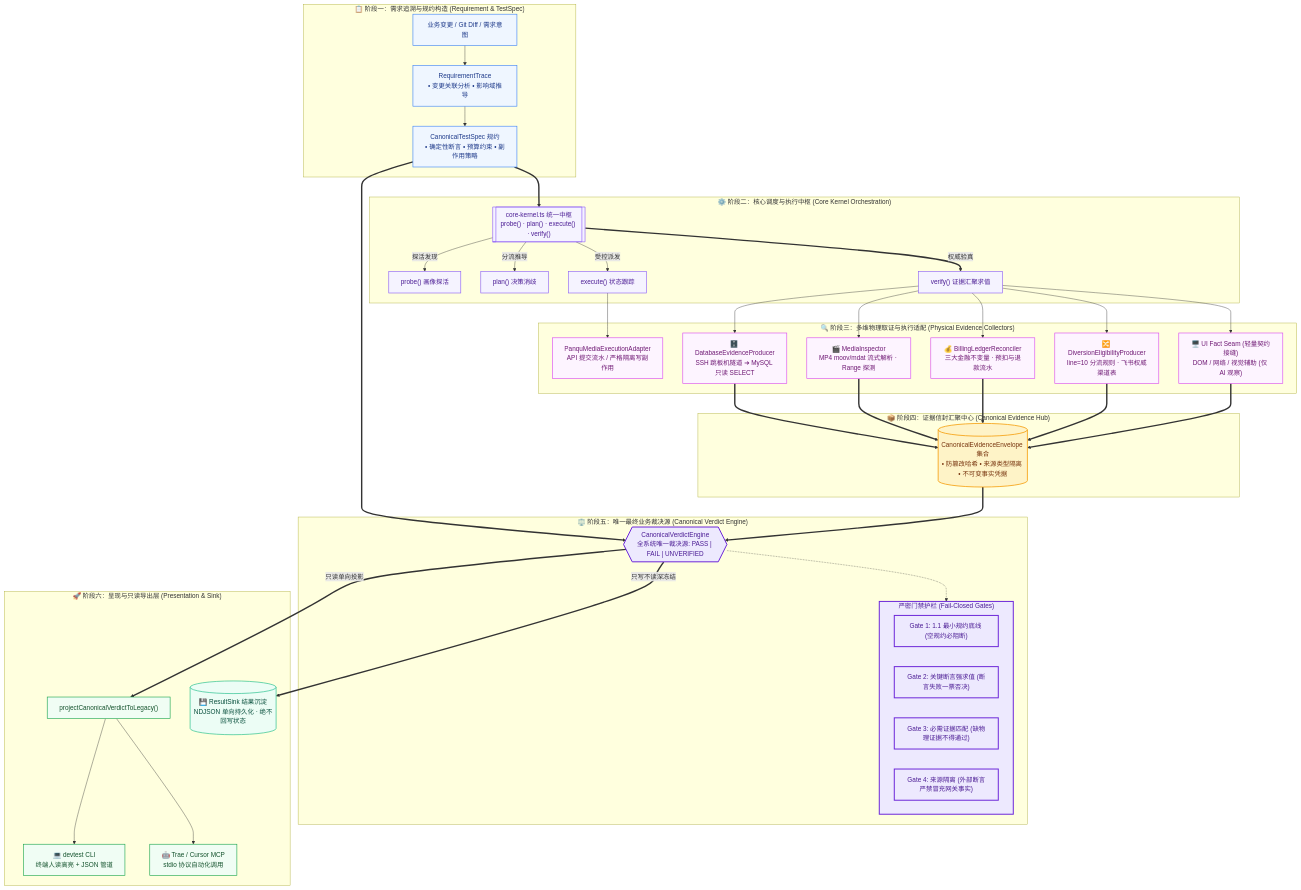
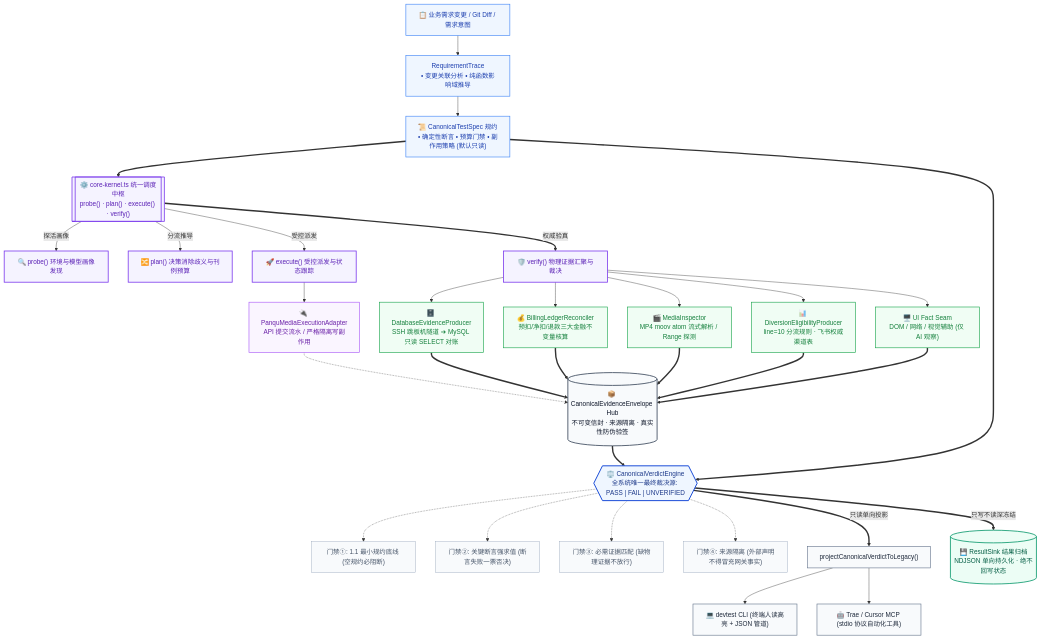
Before and after one commit to CAoyinggo/Ai-DevTest: the first of 4 diagrams in README.md, drawn with Mermaid. The commit also changed other lines of this file, not shown here.

Commit message:
docs(readme): remove subgraphs to eliminate GitHub default yellow cluster styling

````diff
--- a/README.md
+++ b/README.md
@@ -35,66 +35,65 @@
 ```mermaid
 flowchart TD
-    %% 统一现代调色板
-    classDef specLayer fill:#eff6ff,stroke:#3b82f6,stroke-width:1.5px,color:#1e3a8a
-    classDef kernelLayer fill:#f5f3ff,stroke:#8b5cf6,stroke-width:1.5px,color:#4c1d95
-    classDef producerLayer fill:#fdf4ff,stroke:#d946ef,stroke-width:1.5px,color:#701a75
-    classDef hubLayer fill:#fef3c7,stroke:#f59e0b,stroke-width:2px,color:#78350f
-    classDef engineLayer fill:#ede9fe,stroke:#6d28d9,stroke-width:2.5px,color:#4c1d95
-    classDef sinkLayer fill:#ecfdf5,stroke:#10b981,stroke-width:1.5px,color:#064e3b
-    classDef presentationLayer fill:#f0fdf4,stroke:#16a34a,stroke-width:1.5px,color:#14532d
+    %% 全局统一现代极简调色板 (纯净高质感：蓝/灰/绿/紫，零默认黄色)
+    classDef specNode fill:#eff6ff,stroke:#3b82f6,stroke-width:1.5px,color:#1e40af
+    classDef kernelNode fill:#f5f3ff,stroke:#7c3aed,stroke-width:2px,color:#5b21b6
+    classDef adapterNode fill:#faf5ff,stroke:#a855f7,stroke-width:1.5px,color:#6b21a8
+    classDef evidenceNode fill:#f0fdf4,stroke:#16a34a,stroke-width:1.5px,color:#15803d
+    classDef hubNode fill:#f8fafc,stroke:#334155,stroke-width:2px,color:#0f172a
+    classDef engineNode fill:#eff6ff,stroke:#1d4ed8,stroke-width:2.5px,color:#1e3a8a
+    classDef gateNode fill:#f8fafc,stroke:#94a3b8,stroke-width:1px,color:#475569
+    classDef outNode fill:#f8fafc,stroke:#64748b,stroke-width:1.5px,color:#1e293b
+    classDef sinkNode fill:#ecfdf5,stroke:#059669,stroke-width:2px,color:#065f46
 
-    subgraph L1["  📋 阶段一：需求追溯与规约构造 (Requirement & TestSpec)  "]
-        REQ["业务变更 / Git Diff / 需求意图"] --> TRACE["RequirementTrace<br/>• 变更关联分析 • 影响域推导"]
-        TRACE --> SPEC["CanonicalTestSpec 规约<br/>• 确定性断言 • 预算约束 • 副作用策略"]
-    end
+    %% 阶段一：需求与规约
+    REQ["📋 业务需求变更 / Git Diff / 需求意图"] --> TRACE["RequirementTrace<br/>• 变更关联分析 • 纯函数影响域推导"]
+    TRACE --> SPEC["📜 CanonicalTestSpec 规约<br/>• 确定性断言 • 预算门禁 • 副作用策略 (默认只读)"]
 
-    subgraph L2["  ⚙️ 阶段二：核心调度与执行中枢 (Core Kernel Orchestration)  "]
-        SPEC ==> KERNEL[["core-kernel.ts 统一中枢<br/>probe() · plan() · execute() · verify()"]]
-        KERNEL -->|"探活发现"| ACT_PROBE["probe() 画像探活"]
-        KERNEL -->|"分流推导"| ACT_PLAN["plan() 决策消歧"]
-        KERNEL -->|"受控派发"| ACT_EXEC["execute() 状态跟踪"]
-        KERNEL ==>|"权威验真"| ACT_VERIFY["verify() 证据汇聚求值"]
-    end
+    %% 阶段二：核心调度中枢
+    SPEC ==> KERNEL[["⚙️ core-kernel.ts 统一调度中枢<br/>probe() · plan() · execute() · verify()"]]
+    
+    KERNEL -->|"探活画像"| ACT_PROBE["🔍 probe() 环境与模型画像发现"]
+    KERNEL -->|"分流推导"| ACT_PLAN["🔀 plan() 决策消除歧义与刊例预算"]
+    KERNEL -->|"受控派发"| ACT_EXEC["🚀 execute() 受控派发与状态跟踪"]
+    KERNEL ==>|"权威验真"| ACT_VERIFY["🛡️ verify() 物理证据汇聚与裁决"]
 
-    subgraph L3["  🔍 阶段三：多维物理取证与执行适配 (Physical Evidence Collectors)  "]
-        ACT_EXEC --> ADAPT["PanquMediaExecutionAdapter<br/>API 提交流水 / 严格隔离写副作用"]
-        
-        ACT_VERIFY --> P_DB["🗄️ DatabaseEvidenceProducer<br/>SSH 跳板机隧道 ➔ MySQL 只读 SELECT"]
-        ACT_VERIFY --> P_MEDIA["🎬 MediaInspector<br/>MP4 moov/mdat 流式解析 · Range 探测"]
-        ACT_VERIFY --> P_BILL["💰 BillingLedgerReconciler<br/>三大金融不变量 · 预扣与退款流水"]
-        ACT_VERIFY --> P_DIV["🔀 DiversionEligibilityProducer<br/>line=10 分流规则 · 飞书权威渠道表"]
-        ACT_VERIFY --> P_UI["🖥️ UI Fact Seam (轻量契约接缝)<br/>DOM / 网络 / 视觉辅助 (仅 AI 观察)"]
-    end
+    %% 阶段三：执行适配与物理取证
+    ACT_EXEC --> ADAPT["🔌 PanquMediaExecutionAdapter<br/>API 提交流水 / 严格隔离写副作用"]
+    
+    ACT_VERIFY --> P_DB["🗄️ DatabaseEvidenceProducer<br/>SSH 跳板机隧道 ➔ MySQL 只读 SELECT 对账"]
+    ACT_VERIFY --> P_BILL["💰 BillingLedgerReconciler<br/>预扣/净扣/退款三大金融不变量核算"]
+    ACT_VERIFY --> P_MEDIA["🎬 MediaInspector<br/>MP4 moov atom 流式解析 / Range 探测"]
+    ACT_VERIFY --> P_DIV["📊 DiversionEligibilityProducer<br/>line=10 分流规则 · 飞书权威渠道表"]
+    ACT_VERIFY --> P_UI["🖥️ UI Fact Seam<br/>DOM / 网络 / 视觉辅助 (仅 AI 观察)"]
 
-    subgraph L4["  📦 阶段四：证据信封汇聚中心 (Canonical Evidence Hub)  "]
-        P_DB & P_MEDIA & P_BILL & P_DIV & P_UI ==> ENV[("CanonicalEvidenceEnvelope 集合<br/>• 防篡改哈希 • 来源类型隔离 • 不可变事实凭据")]
-    end
+    %% 阶段四：证据信封汇聚
+    ADAPT -.-> ENV
+    P_DB & P_BILL & P_MEDIA & P_DIV & P_UI ==> ENV[("📦 CanonicalEvidenceEnvelope Hub<br/>不可变信封 · 来源隔离 · 真实性防伪验签")]
 
-    subgraph L5["  ⚖️ 阶段五：唯一最终业务裁决源 (Canonical Verdict Engine)  "]
-        SPEC ==> ENGINE
-        ENV ==> ENGINE{{"CanonicalVerdictEngine<br/>全系统唯一裁决源: PASS | FAIL | UNVERIFIED"}}
-        subgraph GATES["严密门禁护栏 (Fail-Closed Gates)"]
-            G1["Gate 1: 1.1 最小规约底线 (空规约必阻断)"]
-            G2["Gate 2: 关键断言强求值 (断言失败一票否决)"]
-            G3["Gate 3: 必需证据匹配 (缺物理证据不得通过)"]
-            G4["Gate 4: 来源隔离 (外部断言严禁冒充网关事实)"]
-        end
-        ENGINE -.-> GATES
-    end
+    %% 阶段五：唯一最终裁决
+    SPEC ==> ENGINE
+    ENV ==> ENGINE{{"⚖️ CanonicalVerdictEngine<br/>全系统唯一最终裁决源: PASS | FAIL | UNVERIFIED"}}
 
-    subgraph L6["  🚀 阶段六：呈现与只读导出层 (Presentation & Sink)  "]
-        ENGINE ==>|"只读单向投影"| PROJ["projectCanonicalVerdictToLegacy()"]
-        PROJ --> CLI["💻 devtest CLI<br/>终端人读高亮 + JSON 管道"]
-        PROJ --> MCP["🤖 Trae / Cursor MCP<br/>stdio 协议自动化调用"]
-        ENGINE ==>|"只写不读深冻结"| SINK[("💾 ResultSink 结果沉淀<br/>NDJSON 单向持久化 · 绝不回写状态")]
-    end
+    %% 严密门禁护栏
+    ENGINE -.-> G1["门禁①: 1.1 最小规约底线 (空规约必阻断)"]
+    ENGINE -.-> G2["门禁②: 关键断言强求值 (断言失败一票否决)"]
+    ENGINE -.-> G3["门禁③: 必需证据匹配 (缺物理证据不放行)"]
+    ENGINE -.-> G4["门禁④: 来源隔离 (外部声明不得冒充网关事实)"]
 
-    %% 应用样式
-    class REQ,TRACE,SPEC specLayer
-    class KERNEL,ACT_PROBE,ACT_PLAN,ACT_EXEC,ACT_VERIFY kernelLayer
-    class ADAPT,P_DB,P_MEDIA,P_BILL,P_DIV,P_UI producerLayer
-    class ENV hubLayer
-    class ENGINE,GATES,G1,G2,G3,G4 engineLayer
-    class SINK sinkLayer
-    class PROJ,CLI,MCP presentationLayer
+    %% 阶段六：呈现与归档
+    ENGINE ==>|"只读单向投影"| PROJ["projectCanonicalVerdictToLegacy()"]
+    PROJ --> CLI["💻 devtest CLI (终端人读高亮 + JSON 管道)"]
+    PROJ --> MCP["🤖 Trae / Cursor MCP (stdio 协议自动化工具)"]
+    ENGINE ==>|"只写不读深冻结"| SINK[("💾 ResultSink 结果归档<br/>NDJSON 单向持久化 · 绝不回写状态")]
+
+    %% 样式绑定
+    class REQ,TRACE,SPEC specNode
+    class KERNEL,ACT_PROBE,ACT_PLAN,ACT_EXEC,ACT_VERIFY kernelNode
+    class ADAPT adapterNode
+    class P_DB,P_BILL,P_MEDIA,P_DIV,P_UI evidenceNode
+    class ENV hubNode
+    class ENGINE engineNode
+    class G1,G2,G3,G4 gateNode
+    class PROJ,CLI,MCP outNode
+    class SINK sinkNode
 ```
````
